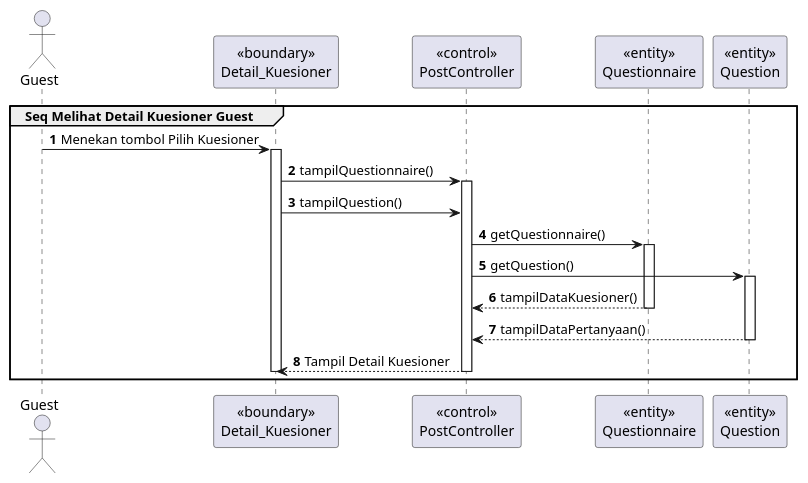
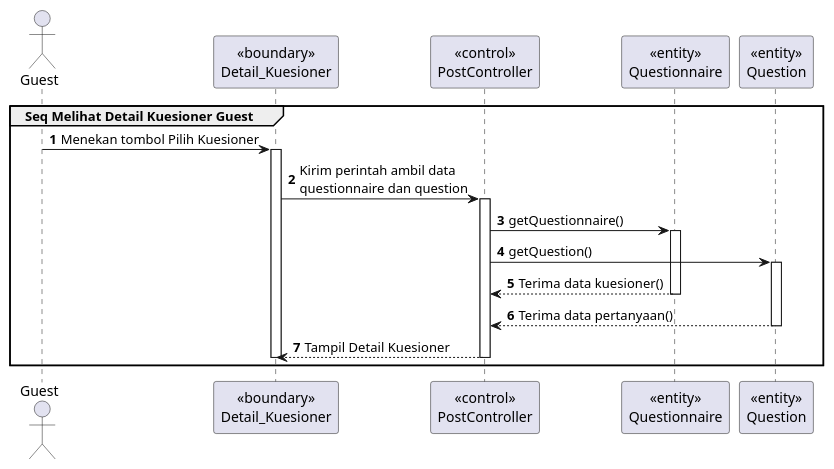
The diagram in documentation/SequenceDiagram/melihatDetailKuesionerGuest.puml (Churma16/indeks-kepuasan-masyarakat), drawn with PlantUML before and after one commit. The commit also changed 16 other files, not shown here.

```diff
--- a/documentation/SequenceDiagram/melihatDetailKuesionerGuest.puml
+++ b/documentation/SequenceDiagram/melihatDetailKuesionerGuest.puml
@@ -1,28 +1,27 @@
-@startuml Interaction Mengisi Kuesioner
+@startuml Interaction Melihat Detail Kuesioner 2
 autonumber
 ' skinparam SequenceMessageAlignment center
 
 actor "Guest" as A
 participant "<<boundary>>\nDetail_Kuesioner" as detail
 participant "<<control>>\nPostController" as pcontrol
 participant "<<entity>>\nQuestionnaire" as q
 participant "<<entity>>\nQuestion" as qn      
         group Seq Melihat Detail Kuesioner Guest
             A -> detail: Menekan tombol Pilih Kuesioner
             activate detail
-                detail -> pcontrol: tampilQuestionnaire()
+                detail -> pcontrol: Kirim perintah ambil data\nquestionnaire dan question
                 activate pcontrol
-                detail -> pcontrol: tampilQuestion()
                 pcontrol -> q: getQuestionnaire()
                 activate q
                 pcontrol -> qn: getQuestion()
                 activate qn
-                q --> pcontrol: tampilDataKuesioner()
+                q --> pcontrol: Terima data kuesioner()
                 deactivate q
-                qn --> pcontrol: tampilDataPertanyaan()
+                qn --> pcontrol: Terima data pertanyaan()
                 deactivate qn
                 pcontrol--> detail: Tampil Detail Kuesioner
                 deactivate pcontrol
             deactivate detail
         end
 @enduml
```
